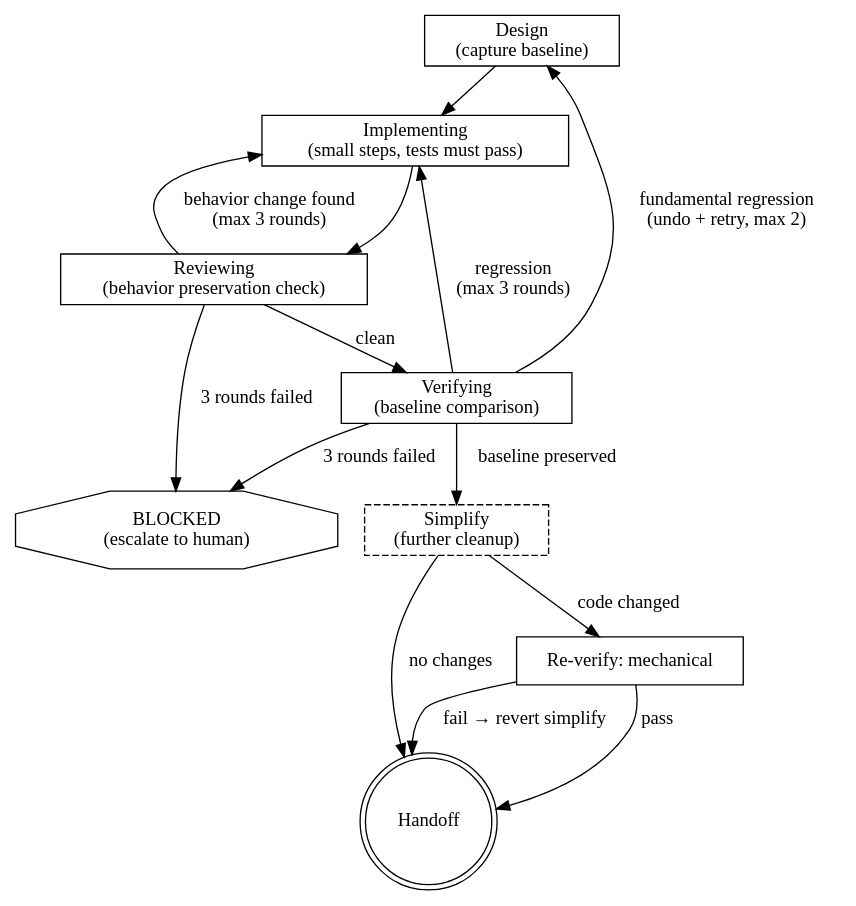
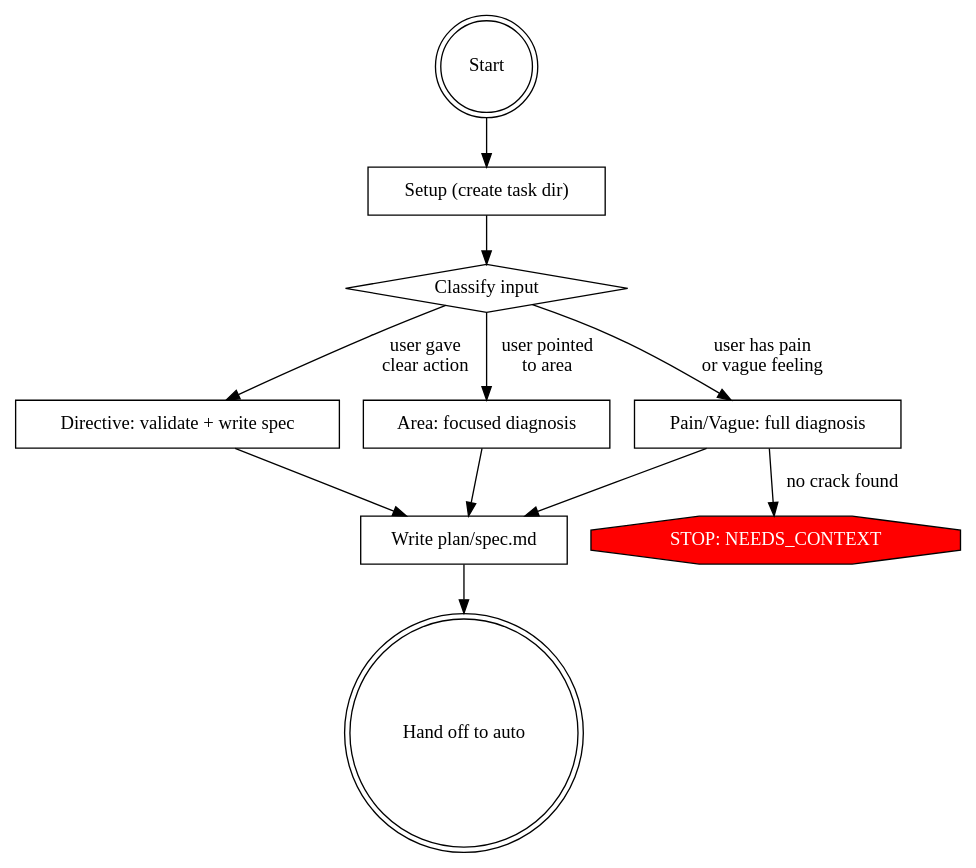
The diagram in skills/refactor/SKILL.md (heliohq/ship), drawn with Graphviz before and after one commit. The commit also changed other lines of this file and 2 other files, not shown here.

First line of the commit message:
refactor(skills): redesign refactor as diagnosis-only skill with auto handoff

````diff
--- a/skills/refactor/SKILL.md
+++ b/skills/refactor/SKILL.md
@@ -150,28 +54,26 @@
 ```dot
 digraph refactor {
     rankdir=TB;
 
-    design [label="Design\n(capture baseline)" shape=box];
-    implementing [label="Implementing\n(small steps, tests must pass)" shape=box];
-    reviewing [label="Reviewing\n(behavior preservation check)" shape=box];
-    verifying [label="Verifying\n(baseline comparison)" shape=box];
-    simplify [label="Simplify\n(further cleanup)" shape=box style=dashed];
-    re_verify [label="Re-verify: mechanical" shape=box];
-    handoff [label="Handoff" shape=doublecircle];
-    blocked [label="BLOCKED\n(escalate to human)" shape=octagon];
+    "Start" [shape=doublecircle];
+    "Setup (create task dir)" [shape=box];
+    "Classify input" [shape=diamond];
+    "Directive: validate + write spec" [shape=box];
+    "Area: focused diagnosis" [shape=box];
+    "Pain/Vague: full diagnosis" [shape=box];
+    "Write plan/spec.md" [shape=box];
+    "Hand off to auto" [shape=doublecircle];
+    "STOP: NEEDS_CONTEXT" [shape=octagon, style=filled, fillcolor=red, fontcolor=white];
 
-    design -> implementing;
-    implementing -> reviewing;
-    reviewing -> verifying [label="clean"];
-    reviewing -> implementing [label="behavior change found\n(max 3 rounds)"];
-    verifying -> simplify [label="baseline preserved"];
-    verifying -> implementing [label="regression\n(max 3 rounds)"];
-    verifying -> design [label="fundamental regression\n(undo + retry, max 2)"];
-    simplify -> re_verify [label="code changed"];
-    simplify -> handoff [label="no changes"];
-    re_verify -> handoff [label="pass"];
-    re_verify -> handoff [label="fail → revert simplify"];
-    reviewing -> blocked [label="3 rounds failed"];
-    verifying -> blocked [label="3 rounds failed"];
+    "Start" -> "Setup (create task dir)";
+    "Setup (create task dir)" -> "Classify input";
+    "Classify input" -> "Directive: validate + write spec" [label="user gave\nclear action"];
+    "Classify input" -> "Area: focused diagnosis" [label="user pointed\nto area"];
+    "Classify input" -> "Pain/Vague: full diagnosis" [label="user has pain\nor vague feeling"];
+    "Directive: validate + write spec" -> "Write plan/spec.md";
+    "Area: focused diagnosis" -> "Write plan/spec.md";
+    "Pain/Vague: full diagnosis" -> "Write plan/spec.md";
+    "Pain/Vague: full diagnosis" -> "STOP: NEEDS_CONTEXT" [label="no crack found"];
+    "Write plan/spec.md" -> "Hand off to auto";
 }
 ```
````
